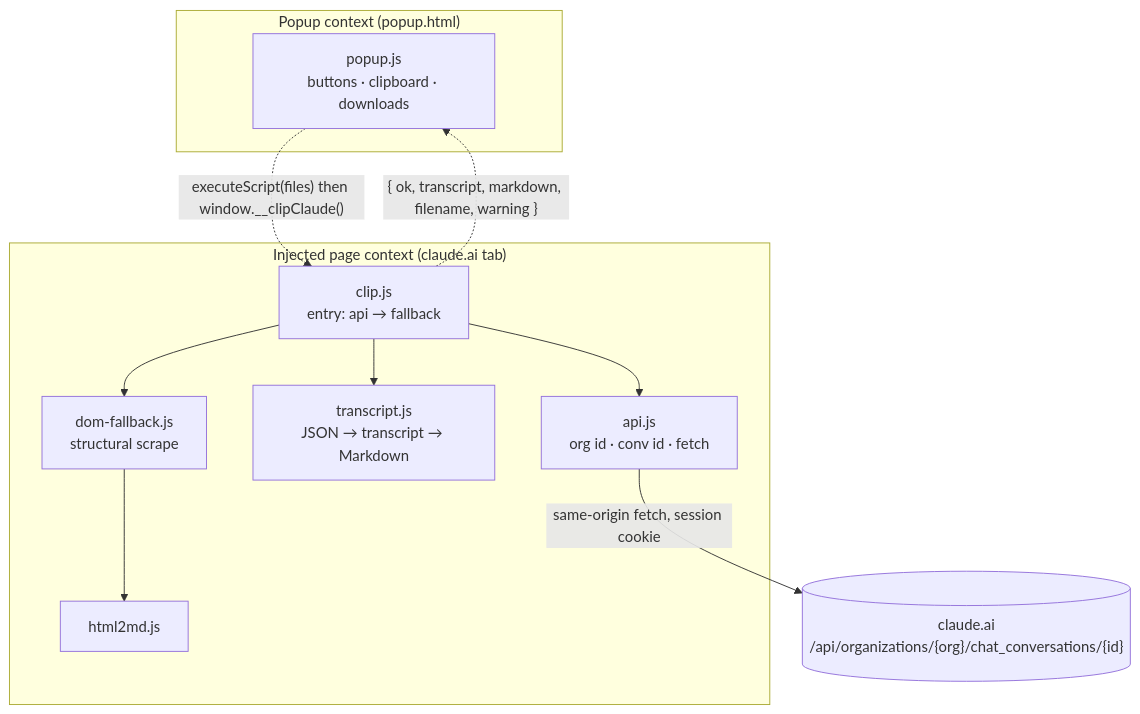
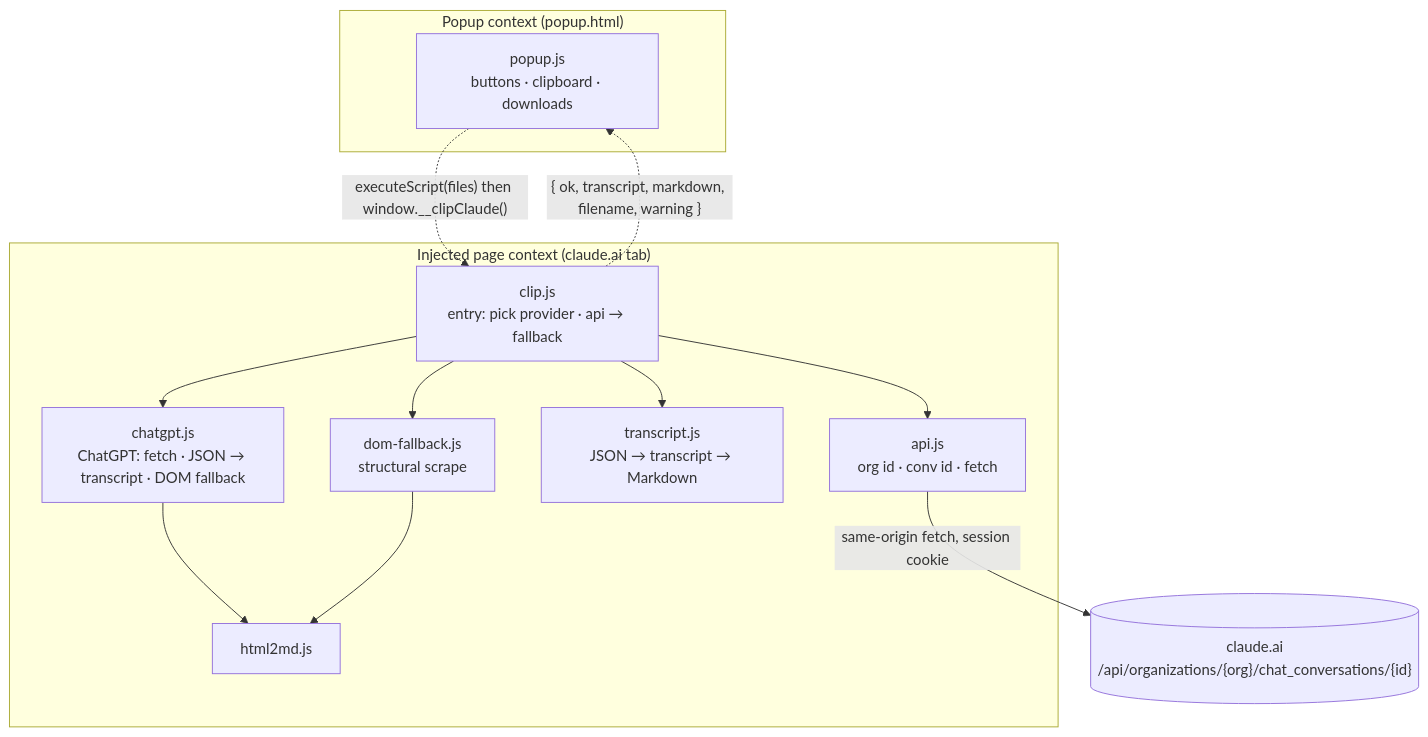
Before and after one commit to jchimp/claude-chat-clipper: the first of 2 diagrams in docs/ARCHITECTURE.md, drawn with Mermaid. The commit also changed other lines of this file and 9 other files, not shown here.

Commit message:
Add ChatGPT provider.

````diff
--- a/docs/ARCHITECTURE.md
+++ b/docs/ARCHITECTURE.md
@@ -19,21 +19,24 @@
 ```mermaid
 flowchart TB
     subgraph POPUP["Popup context (popup.html)"]
         popup["popup.js<br/>buttons · clipboard · downloads"]
     end
     subgraph PAGE["Injected page context (claude.ai tab)"]
-        clip["clip.js<br/>entry: api → fallback"]
+        clip["clip.js<br/>entry: pick provider · api → fallback"]
+        gpt["chatgpt.js<br/>ChatGPT: fetch · JSON → transcript · DOM fallback"]
         api["api.js<br/>org id · conv id · fetch"]
         transcript["transcript.js<br/>JSON → transcript → Markdown"]
         dom["dom-fallback.js<br/>structural scrape"]
         h2m["html2md.js"]
         clip --> api
         clip --> transcript
         clip --> dom
+        clip --> gpt
+        gpt --> h2m
         dom --> h2m
     end
     endpoint[("claude.ai<br/>/api/organizations/{org}/chat_conversations/{id}")]
     popup -.->|"executeScript(files) then window.__clipClaude()"| clip
     api -->|same-origin fetch, session cookie| endpoint
     clip -.->|"{ ok, transcript, markdown, filename, warning }"| popup
 ```
````
